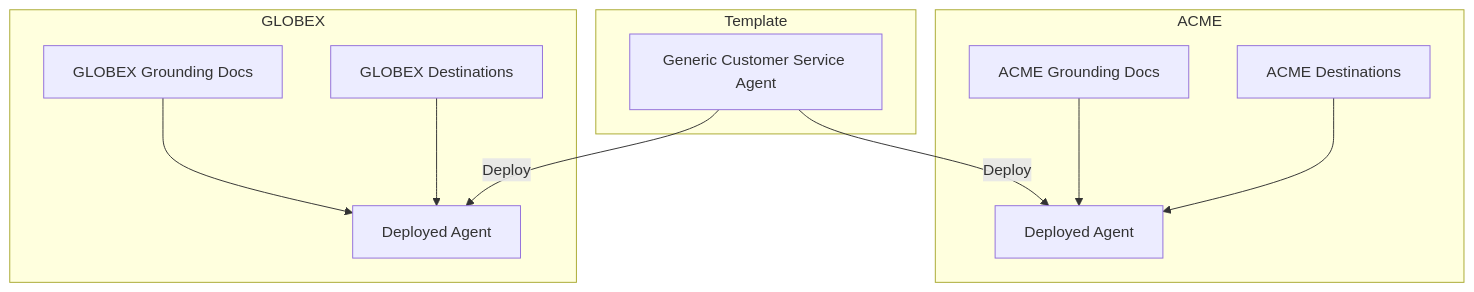
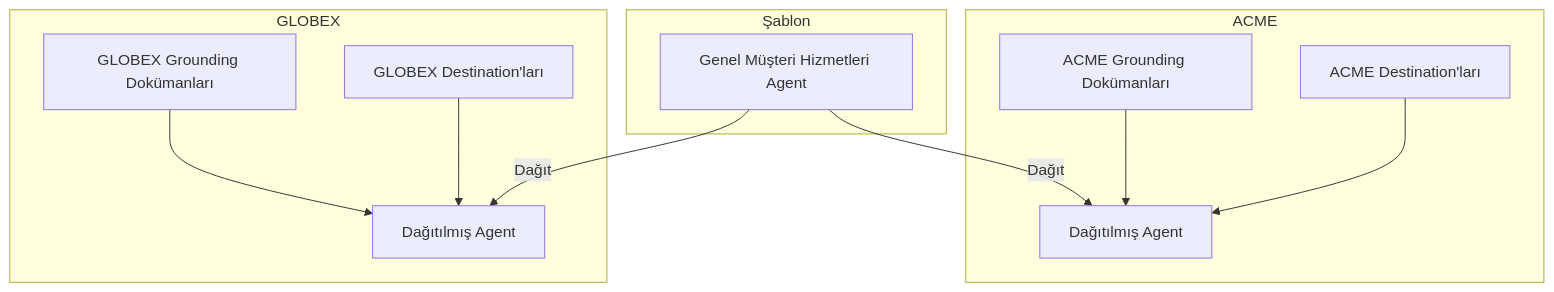
One commit to beyhanmeyrali/sap-all changed the tenth of 11 diagrams in Technical Tutorials/BTP/TR/chapters/12-multi-client-management.md. Above: the diagram before and after it, drawn with Mermaid. The commit also changed other lines of this file and 11 other files, not shown here.

````diff
--- a/Technical Tutorials/BTP/TR/chapters/12-multi-client-management.md
+++ b/Technical Tutorials/BTP/TR/chapters/12-multi-client-management.md
@@ -385,25 +385,25 @@
 ```mermaid
 flowchart TD
-    subgraph "Template"
-        T[Generic Customer Service Agent]
+    subgraph "Şablon"
+        T[Genel Müşteri Hizmetleri Agent]
     end
 
     subgraph "ACME"
-        A1[Deployed Agent]
-        A1G[ACME Grounding Docs]
-        A1D[ACME Destinations]
+        A1[Dağıtılmış Agent]
+        A1G[ACME Grounding Dokümanları]
+        A1D[ACME Destination'ları]
     end
 
     subgraph "GLOBEX"
-        A2[Deployed Agent]
-        A2G[GLOBEX Grounding Docs]
-        A2D[GLOBEX Destinations]
+        A2[Dağıtılmış Agent]
+        A2G[GLOBEX Grounding Dokümanları]
+        A2D[GLOBEX Destination'ları]
     end
 
-    T --> |"Deploy"| A1
-    T --> |"Deploy"| A2
+    T --> |"Dağıt"| A1
+    T --> |"Dağıt"| A2
     A1G --> A1
     A1D --> A1
     A2G --> A2
     A2D --> A2
 ```
````
